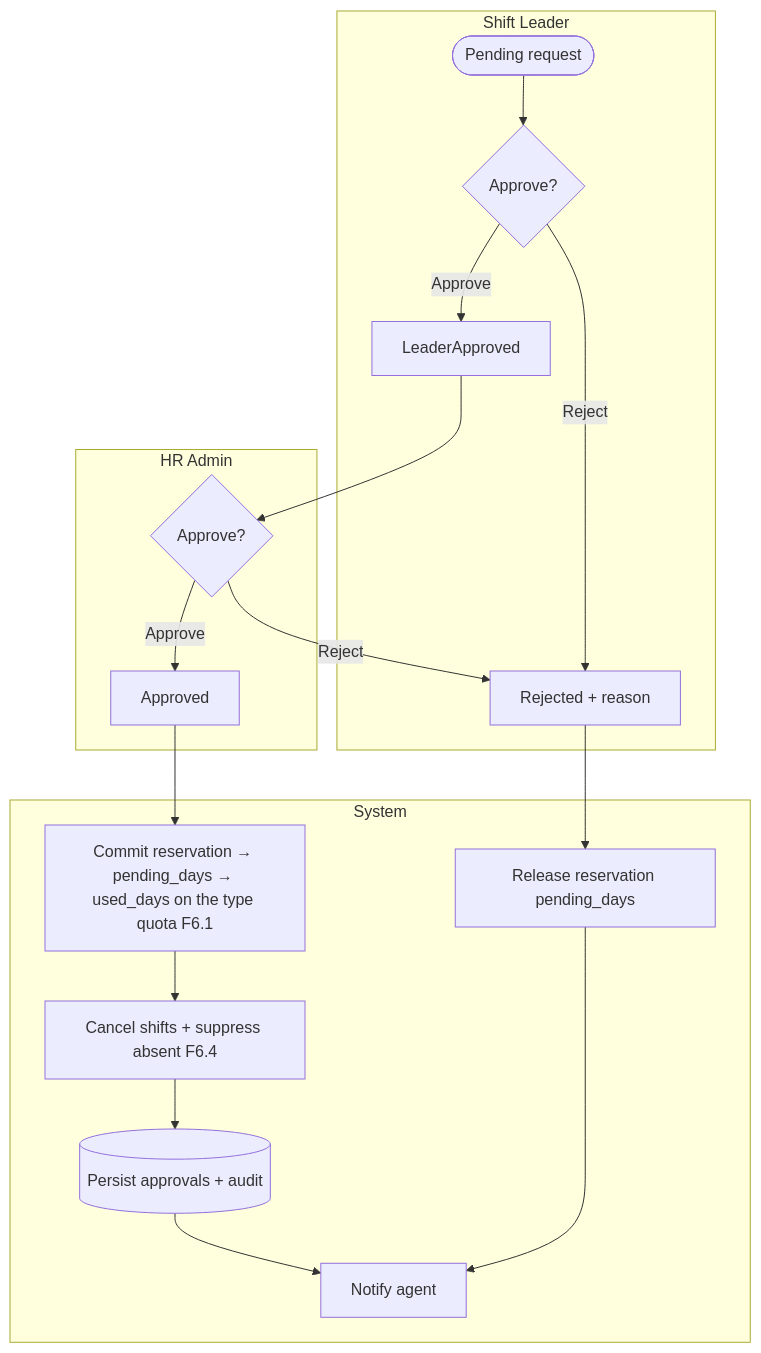
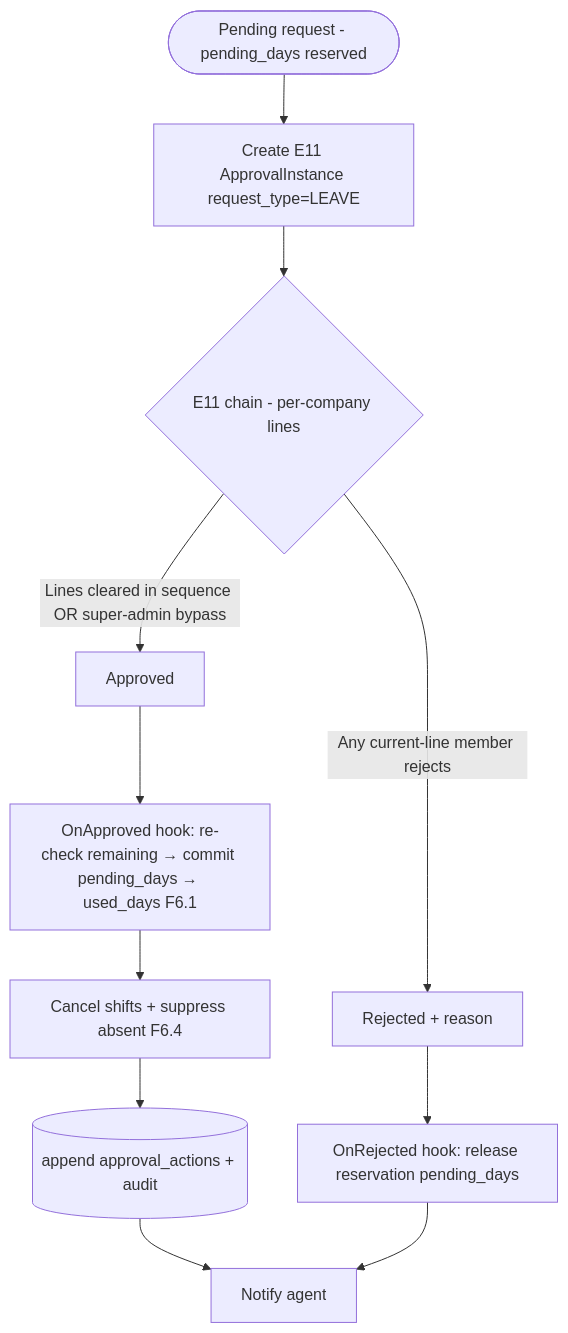
Before and after one commit to hariszaki17/hris-outsource: the fourth of 6 diagrams in docs/epics/E6-leave/FEATURE.md, drawn with Mermaid. The commit also changed other lines of this file and 227 other files, not shown here.

First line of the commit message:
feat(e11)!: rework approval system into a configurable per-company engine

````diff
--- a/docs/epics/E6-leave/FEATURE.md
+++ b/docs/epics/E6-leave/FEATURE.md
@@ -174,21 +171,13 @@
 ```mermaid
 flowchart TD
-    subgraph SL[Shift Leader]
-        L1([Pending request]) --> L2{Approve?}
-        L2 -- Reject --> R1[Rejected + reason]
-        L2 -- Approve --> L3[LeaderApproved]
-    end
-    subgraph HR[HR Admin]
-        L3 --> H1{Approve?}
-        H1 -- Reject --> R1
-        H1 -- Approve --> H2[Approved]
-    end
-    subgraph SYS[System]
-        H2 --> S1[Commit reservation → pending_days → used_days on the type quota F6.1]
-        S1 --> S2[Cancel shifts + suppress absent F6.4]
-        S2 --> S3[(Persist approvals + audit)]
-        S3 --> S4[Notify agent]
-        R1 --> S5[Release reservation pending_days]
-        S5 --> S4
-    end
+    R0([Pending request - pending_days reserved]) --> E0[Create E11 ApprovalInstance request_type=LEAVE]
+    E0 --> E1{E11 chain - per-company lines}
+    E1 -- "Any current-line member rejects" --> RJ[Rejected + reason]
+    E1 -- "Lines cleared in sequence OR super-admin bypass" --> AP[Approved]
+    AP --> S1[OnApproved hook: re-check remaining → commit pending_days → used_days F6.1]
+    S1 --> S2[Cancel shifts + suppress absent F6.4]
+    S2 --> S3[(append approval_actions + audit)]
+    S3 --> S4[Notify agent]
+    RJ --> S5[OnRejected hook: release reservation pending_days]
+    S5 --> S4
 ```
````
